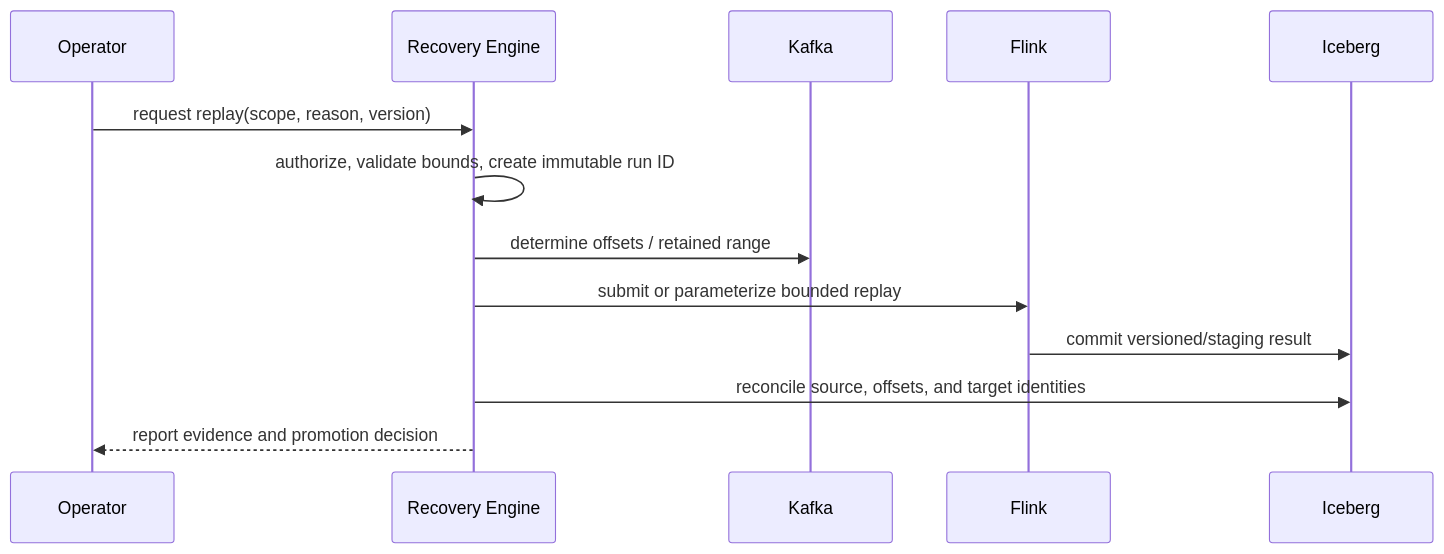
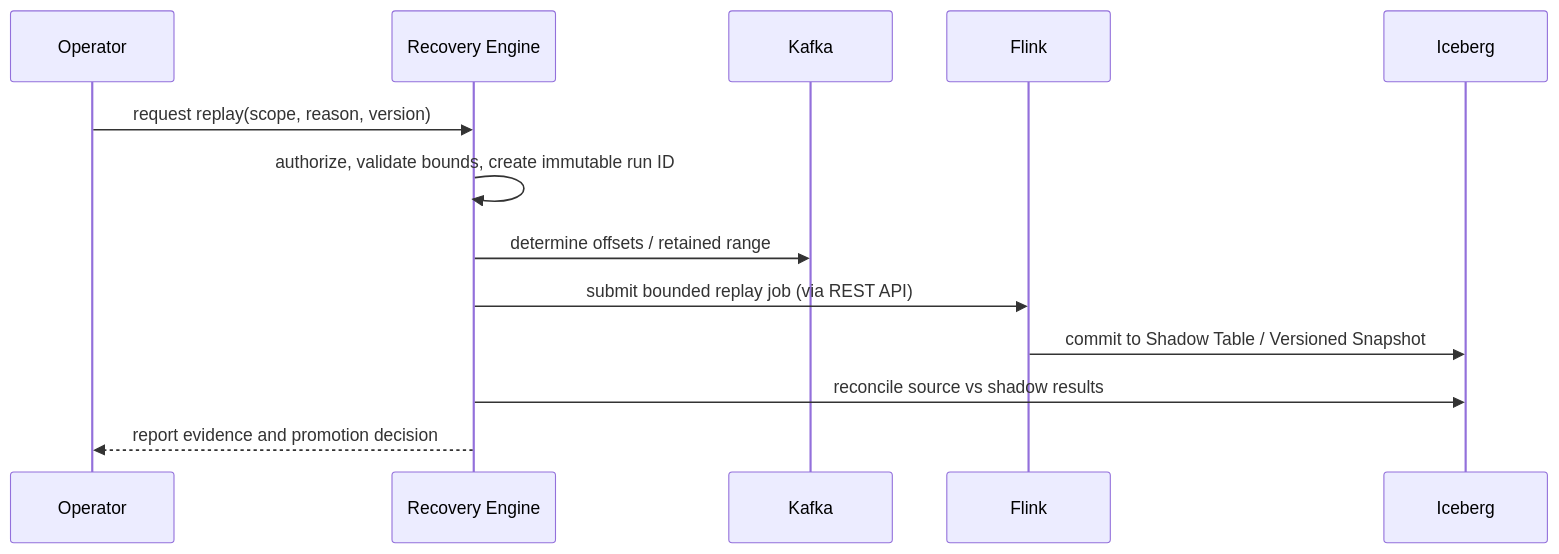
One commit to AndrewLhn/aether-data-platform changed the second of 2 diagrams in docs/architecture.md. Above: the diagram before and after it, drawn with Mermaid. The commit also changed other lines of this file and 1 other file, not shown here.

Commit message:
docs: upgrade use cases and architecture to senior+ specifications

````diff
--- a/docs/architecture.md
+++ b/docs/architecture.md
@@ -53,15 +60,15 @@
 ```mermaid
 sequenceDiagram
     participant O as Operator
     participant R as Recovery Engine
     participant K as Kafka
     participant F as Flink
     participant I as Iceberg
     O->>R: request replay(scope, reason, version)
     R->>R: authorize, validate bounds, create immutable run ID
     R->>K: determine offsets / retained range
-    R->>F: submit or parameterize bounded replay
-    F->>I: commit versioned/staging result
-    R->>I: reconcile source, offsets, and target identities
+    R->>F: submit bounded replay job (via REST API)
+    F->>I: commit to Shadow Table / Versioned Snapshot
+    R->>I: reconcile source vs shadow results
     R-->>O: report evidence and promotion decision
 ```
````
